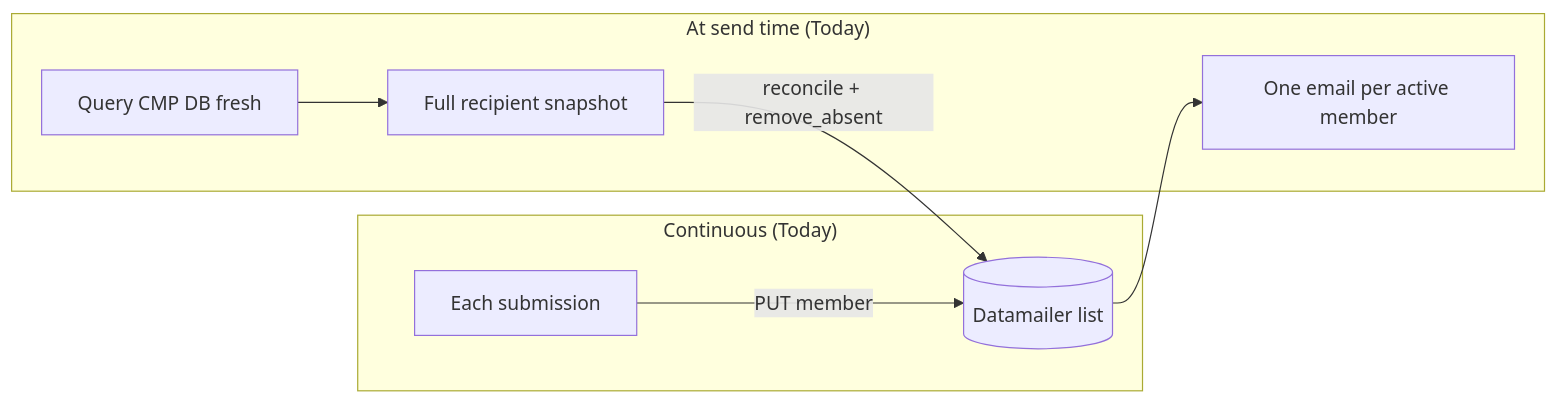
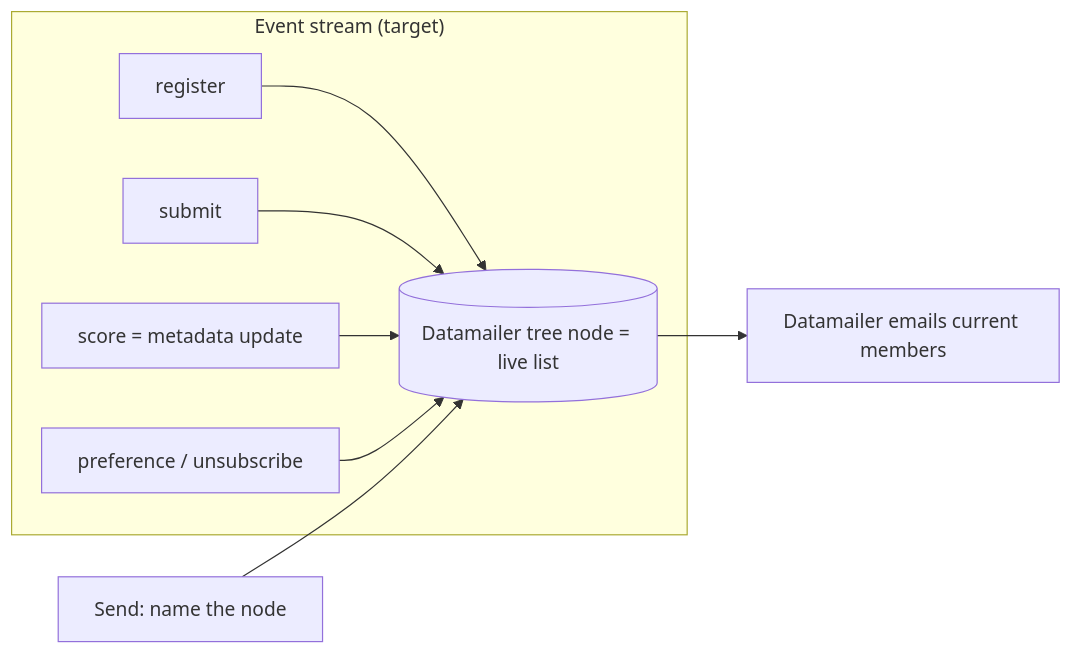
Before and after one commit to DataTalksClub/course-management-platform: the third of 16 diagrams in docs/datamailer-integration.md, drawn with Mermaid. The commit also changed other lines of this file, not shown here.

First line of the commit message:
docs(datamailer): redesign integration doc around target state

````diff
--- a/docs/datamailer-integration.md
+++ b/docs/datamailer-integration.md
@@ -173,11 +217,12 @@
 ```mermaid
 flowchart LR
-    subgraph cont["Continuous (Today)"]
-        s1[Each submission] -->|"PUT member"| L[(Datamailer list)]
+    subgraph events["Event stream (target)"]
+        e1[register] --> L
+        e2[submit] --> L
+        e3[score = metadata update] --> L
+        e4[preference / unsubscribe] --> L
     end
-    subgraph send["At send time (Today)"]
-        q[Query CMP DB fresh] --> snap[Full recipient snapshot]
-        snap -->|"reconcile + remove_absent"| L
-        L --> mail[One email per active member]
-    end
+    L[(Datamailer tree node = live list)]
+    send[Send: name the node] --> L
+    L --> mail[Datamailer emails current members]
 ```
````
